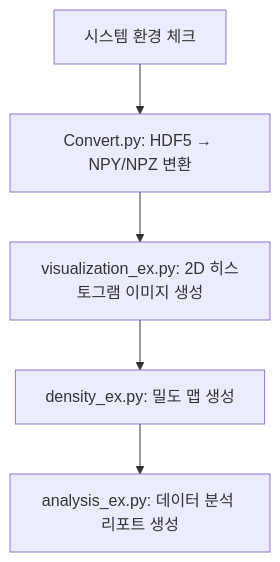
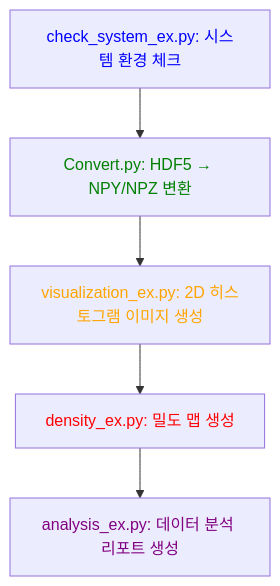
Before and after one commit to mmingyeong/Structura: the diagram in README.md, drawn with Mermaid.

Commit message:
📝 Add Data Processing Workflow diagram using Mermaid.js to README

````diff
--- a/README.md
+++ b/README.md
@@ -56,7 +56,7 @@
 ```mermaid
 graph TD
-    A[시스템 환경 체크] --> B[Convert.py: HDF5 → NPY/NPZ 변환]
-    B --> C[visualization_ex.py: 2D 히스토그램 이미지 생성]
-    C --> D[density_ex.py: 밀도 맵 생성]
-    D --> E[analysis_ex.py: 데이터 분석 리포트 생성]
+    A[<font color="blue">check_system_ex.py: 시스템 환경 체크</font>] --> B[<font color="green">Convert.py: HDF5 → NPY/NPZ 변환</font>]
+    B --> C[<font color="orange">visualization_ex.py: 2D 히스토그램 이미지 생성</font>]
+    C --> D[<font color="red">density_ex.py: 밀도 맵 생성</font>]
+    D --> E[<font color="purple">analysis_ex.py: 데이터 분석 리포트 생성</font>]
 ```
````
